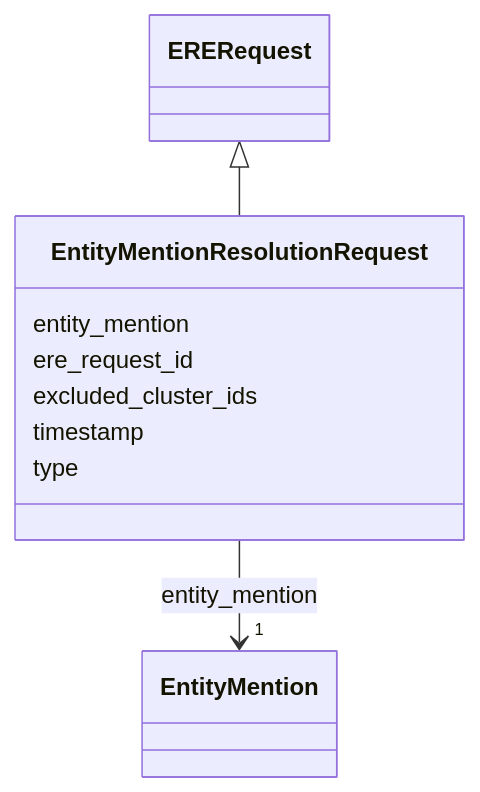
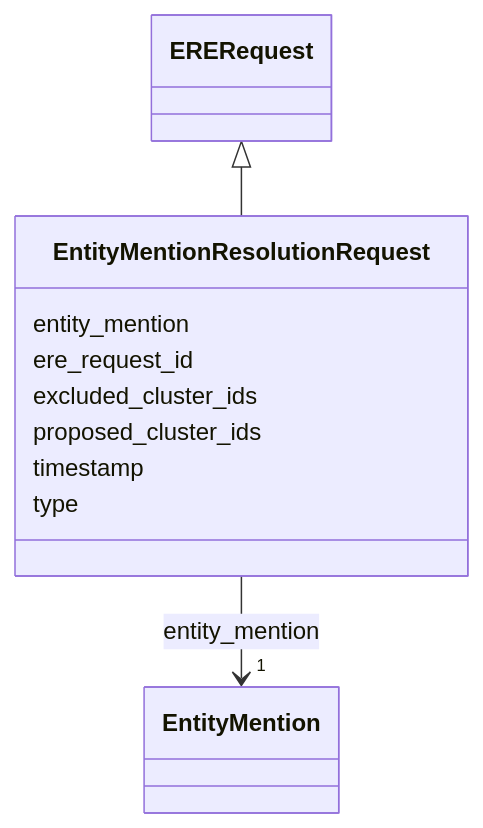
The diagram in docs/schema/EntityMentionResolutionRequest.md (OP-TED/entity-resolution-spec), drawn with Mermaid before and after one commit. The commit also changed other lines of this file and 22 other files, not shown here.

First line of the commit message:
feat: regenerate ERE LinkML schema docs and other derived files

````diff
--- a/docs/schema/EntityMentionResolutionRequest.md
+++ b/docs/schema/EntityMentionResolutionRequest.md
@@ -20,28 +20,30 @@
 ```mermaid
  classDiagram
     class EntityMentionResolutionRequest
     click EntityMentionResolutionRequest href "../EntityMentionResolutionRequest/"
       ERERequest <|-- EntityMentionResolutionRequest
         click ERERequest href "../ERERequest/"
       
       EntityMentionResolutionRequest : entity_mention
         
           
     
         
         
         EntityMentionResolutionRequest --> "1" EntityMention : entity_mention
         click EntityMention href "../EntityMention/"
     
 
         
       EntityMentionResolutionRequest : ere_request_id
         
       EntityMentionResolutionRequest : excluded_cluster_ids
         
+      EntityMentionResolutionRequest : proposed_cluster_ids
+        
       EntityMentionResolutionRequest : timestamp
         
       EntityMentionResolutionRequest : type
         
       
 ```
````
